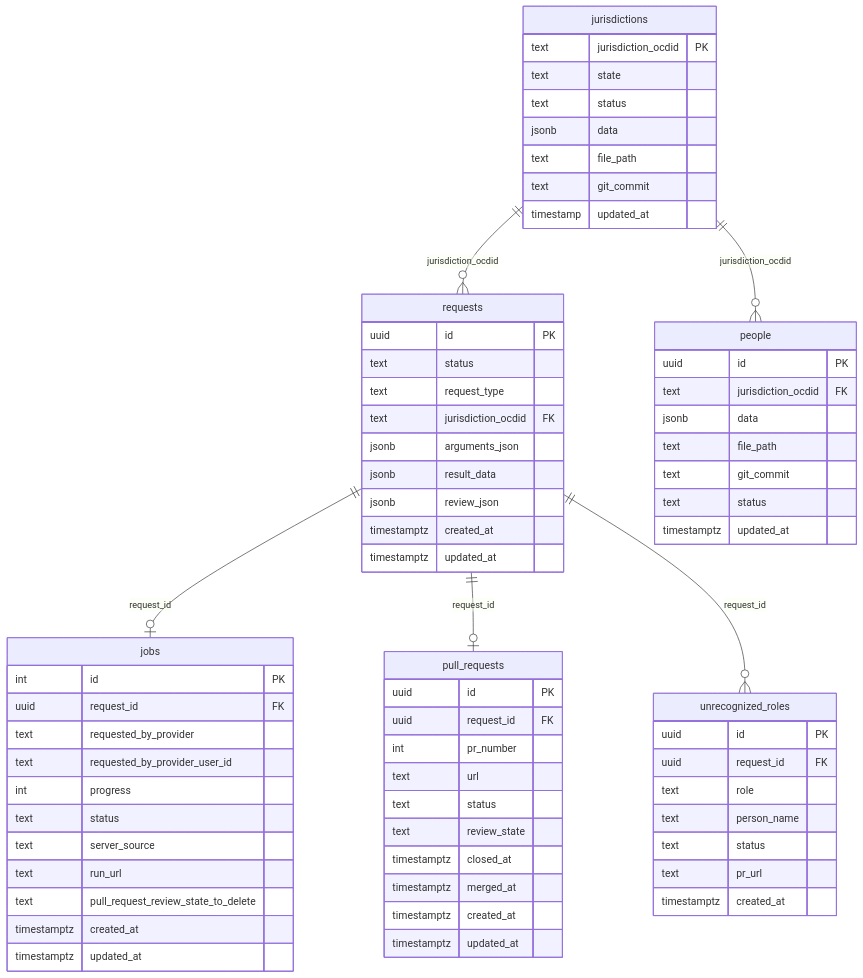
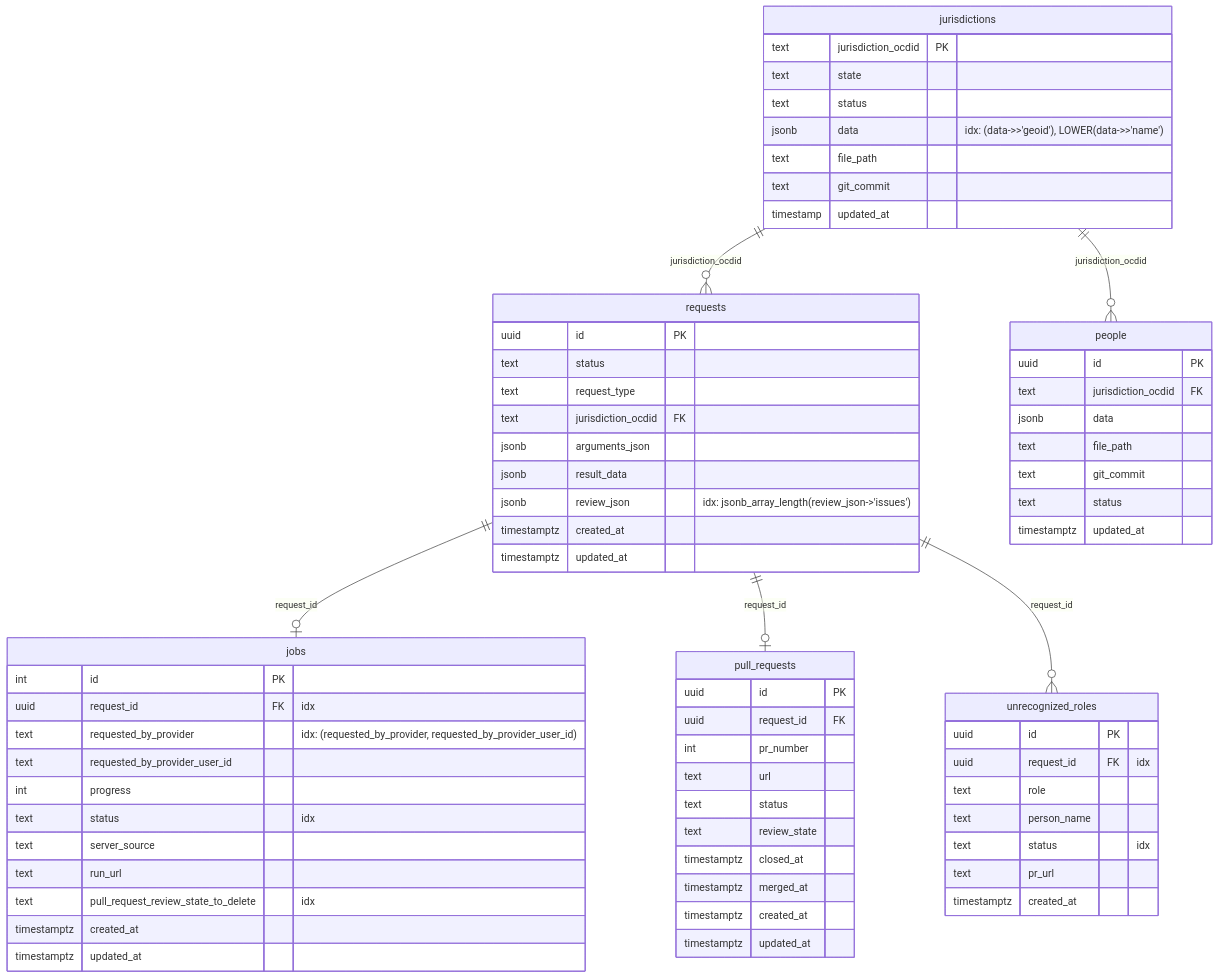
One commit to CivicPatch/civicpatch-tools changed the diagram in api.civicpatch.org/README.md. Above: the diagram before and after it, drawn with Mermaid. The commit also changed other lines of this file and 6 other files, not shown here.

Commit message:
Jobs page -- query by # issues instead of changes_requested

````diff
--- a/api.civicpatch.org/README.md
+++ b/api.civicpatch.org/README.md
@@ -109,77 +109,78 @@
 ```mermaid
 erDiagram
+    %% idx = regular index, functional idx noted inline
     jurisdictions {
         text jurisdiction_ocdid PK
         text state
         text status
-        jsonb data
+        jsonb data "idx: (data->>'geoid'), LOWER(data->>'name')"
         text file_path
         text git_commit
         timestamp updated_at
     }
 
     requests {
         uuid id PK
         text status
         text request_type
         text jurisdiction_ocdid FK
         jsonb arguments_json
         jsonb result_data
-        jsonb review_json
+        jsonb review_json "idx: jsonb_array_length(review_json->'issues')"
         timestamptz created_at
         timestamptz updated_at
     }
 
     jobs {
         int id PK
-        uuid request_id FK
-        text requested_by_provider
+        uuid request_id FK "idx"
+        text requested_by_provider "idx: (requested_by_provider, requested_by_provider_user_id)"
         text requested_by_provider_user_id
         int progress
-        text status
+        text status "idx"
         text server_source
         text run_url
-        text pull_request_review_state_to_delete
+        text pull_request_review_state_to_delete "idx"
         timestamptz created_at
         timestamptz updated_at
     }
 
     pull_requests {
         uuid id PK
         uuid request_id FK
         int pr_number
         text url
         text status
         text review_state
         timestamptz closed_at
         timestamptz merged_at
         timestamptz created_at
         timestamptz updated_at
     }
 
     people {
         uuid id PK
         text jurisdiction_ocdid FK
         jsonb data
         text file_path
         text git_commit
         text status
         timestamptz updated_at
     }
 
     unrecognized_roles {
         uuid id PK
-        uuid request_id FK
+        uuid request_id FK "idx"
         text role
         text person_name
-        text status
+        text status "idx"
         text pr_url
         timestamptz created_at
     }
 
     jurisdictions ||--o{ requests : "jurisdiction_ocdid"
     jurisdictions ||--o{ people : "jurisdiction_ocdid"
     requests ||--o| jobs : "request_id"
     requests ||--o| pull_requests : "request_id"
     requests ||--o{ unrecognized_roles : "request_id"
 ```
````
